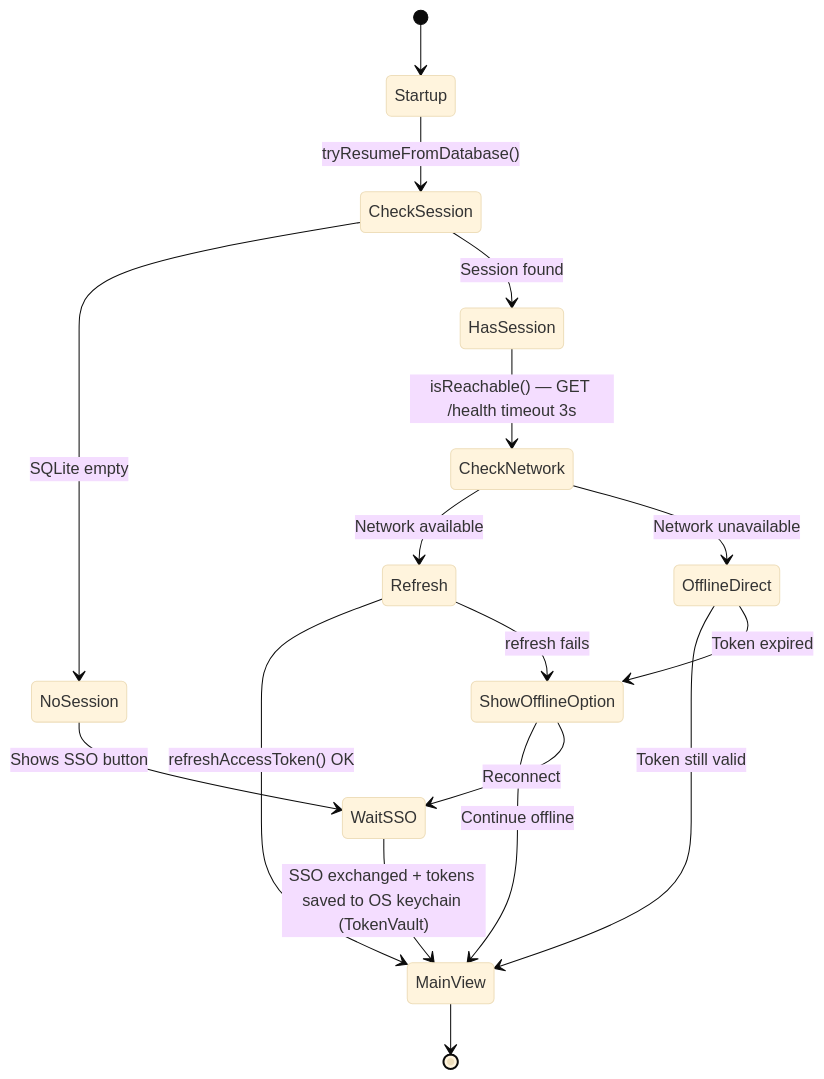
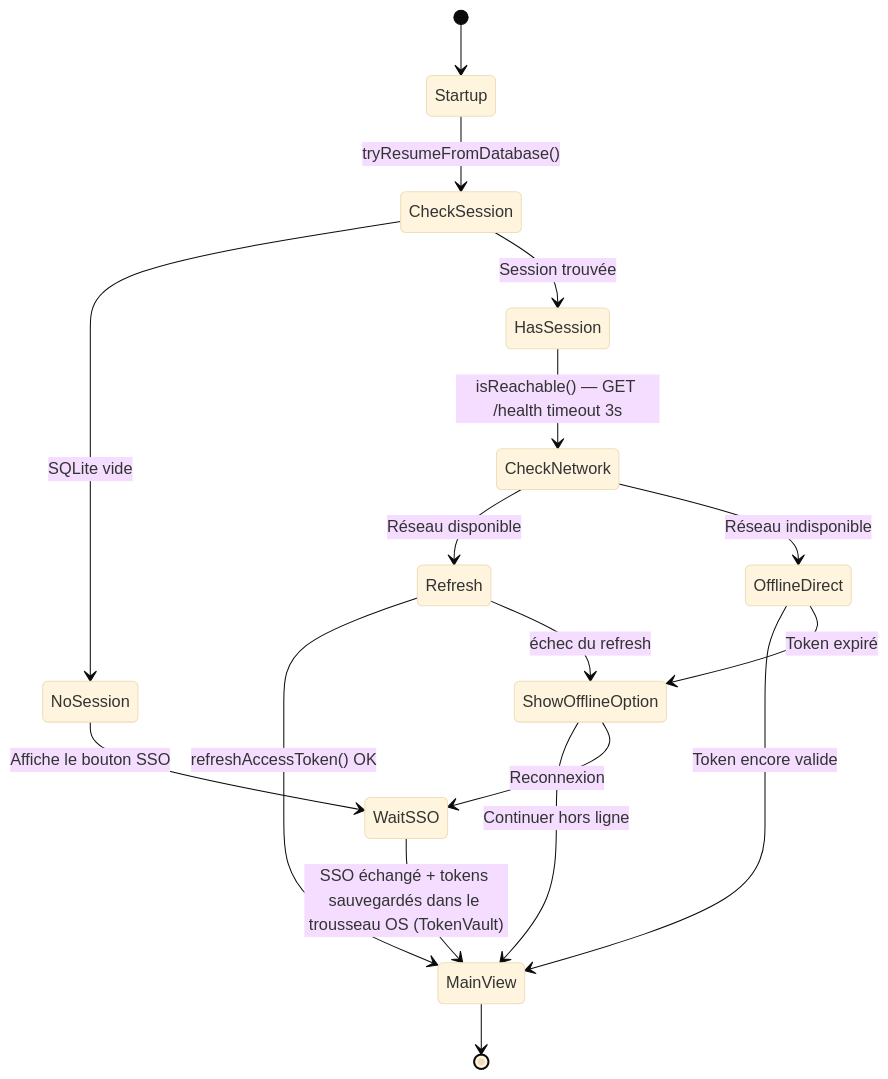
Diagram 14 of 21 in docs/ARCHITECTURE.md (creibaud/QuartierConnect), drawn with Mermaid (base theme) before and after one commit. The commit also changed other lines of this file and 27 other files, not shown here.

````diff
--- a/docs/ARCHITECTURE.md
+++ b/docs/ARCHITECTURE.md
@@ -525,28 +566,28 @@
 ```mermaid
 stateDiagram-v2
     [*] --> Startup
 
     Startup --> CheckSession : tryResumeFromDatabase()
 
-    CheckSession --> NoSession : SQLite empty
-    CheckSession --> HasSession : Session found
+    CheckSession --> NoSession : SQLite vide
+    CheckSession --> HasSession : Session trouvée
 
-    NoSession --> WaitSSO : Shows SSO button
+    NoSession --> WaitSSO : Affiche le bouton SSO
 
     HasSession --> CheckNetwork : isReachable() — GET /health timeout 3s
 
-    CheckNetwork --> Refresh : Network available
-    CheckNetwork --> OfflineDirect : Network unavailable
+    CheckNetwork --> Refresh : Réseau disponible
+    CheckNetwork --> OfflineDirect : Réseau indisponible
 
     Refresh --> MainView : refreshAccessToken() OK
-    Refresh --> ShowOfflineOption : refresh fails
+    Refresh --> ShowOfflineOption : échec du refresh
 
-    OfflineDirect --> MainView : Token still valid
-    OfflineDirect --> ShowOfflineOption : Token expired
+    OfflineDirect --> MainView : Token encore valide
+    OfflineDirect --> ShowOfflineOption : Token expiré
 
-    ShowOfflineOption --> MainView : Continue offline
-    ShowOfflineOption --> WaitSSO : Reconnect
+    ShowOfflineOption --> MainView : Continuer hors ligne
+    ShowOfflineOption --> WaitSSO : Reconnexion
 
-    WaitSSO --> MainView : SSO exchanged + tokens saved to OS keychain (TokenVault)
+    WaitSSO --> MainView : SSO échangé + tokens sauvegardés dans le trousseau OS (TokenVault)
     MainView --> [*]
 ```
````
